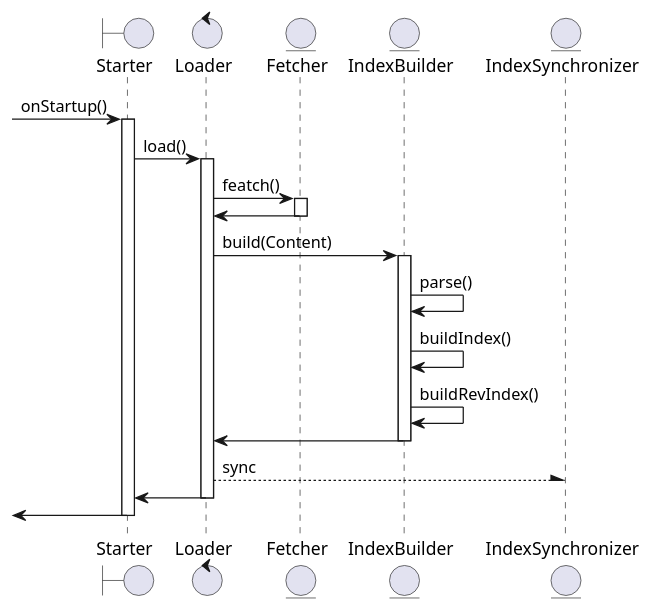
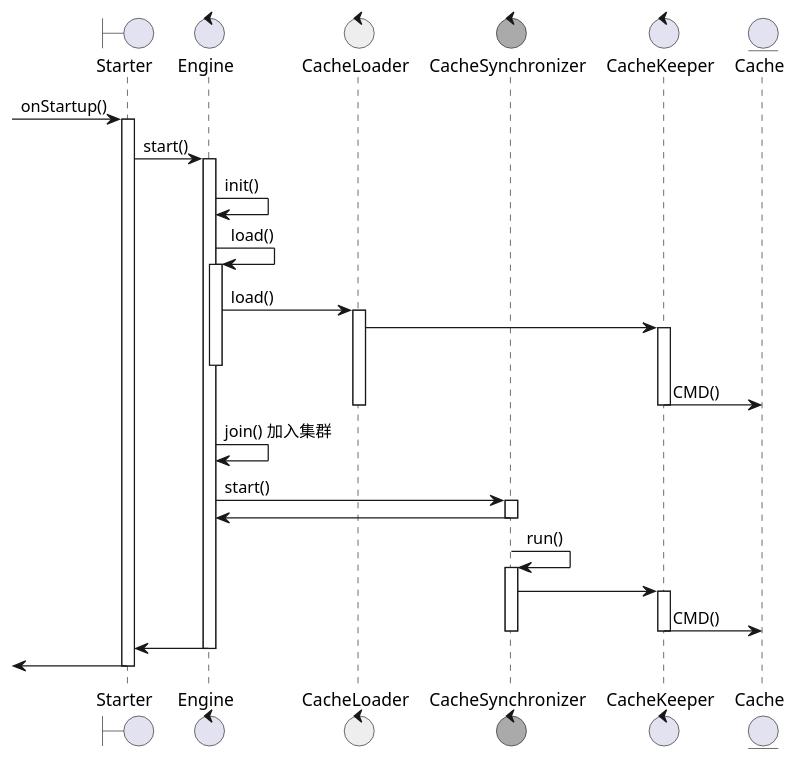
Before and after one commit to fdlong/fly: the diagram in seq-engine.puml, drawn with PlantUML. The commit also changed 6 other files, not shown here.

```diff
--- a/seq-engine.puml
+++ b/seq-engine.puml
@@ -1,37 +1,59 @@
 @startuml
 
 boundary Starter
-control Loader
-entity Fetcher
-entity IndexBuilder
-entity IndexSynchronizer
+control Engine
+control CacheLoader #EEE
+control CacheSynchronizer #AAA
+control CacheKeeper
+entity Cache
 
 [-> Starter : onStartup()
 activate Starter
 
-Starter -> Loader : load()
-activate Loader
+Starter -> Engine : start()
+activate Engine
 
-Loader -> Fetcher : featch()
-activate Fetcher
+Engine -> Engine : init()
 
-Fetcher -> Loader
-deactivate Fetcher
+Engine -> Engine : load()
+activate Engine
 
-Loader -> IndexBuilder : build(Content)
-activate IndexBuilder
+Engine -> CacheLoader : load()
+activate CacheLoader
 
-IndexBuilder -> IndexBuilder : parse()
-IndexBuilder -> IndexBuilder : buildIndex()
-IndexBuilder -> IndexBuilder : buildRevIndex()
-IndexBuilder -> Loader
-deactivate IndexBuilder
+CacheLoader -> CacheKeeper :
+activate CacheKeeper
 
-Loader --\ IndexSynchronizer : sync
-Loader -> Starter
-deactivate Loader
+deactivate Engine
+
+
+CacheKeeper -> Cache : CMD()
+deactivate CacheKeeper
+
+deactivate CacheSynchronizer
+
+deactivate CacheLoader
+
+Engine -> Engine : join() 加入集群
+
+Engine -> CacheSynchronizer : start()
+activate CacheSynchronizer
+CacheSynchronizer -> Engine
+deactivate CacheSynchronizer
+
+CacheSynchronizer -> CacheSynchronizer : run()
+activate CacheSynchronizer
+CacheSynchronizer -> CacheKeeper :
+activate CacheKeeper
+CacheKeeper -> Cache : CMD()
+deactivate CacheKeeper
+
+deactivate CacheSynchronizer
+
+Engine -> Starter
+deactivate Engine
 
 [<- Starter
 deactivate Starter
 
 @enduml
```
